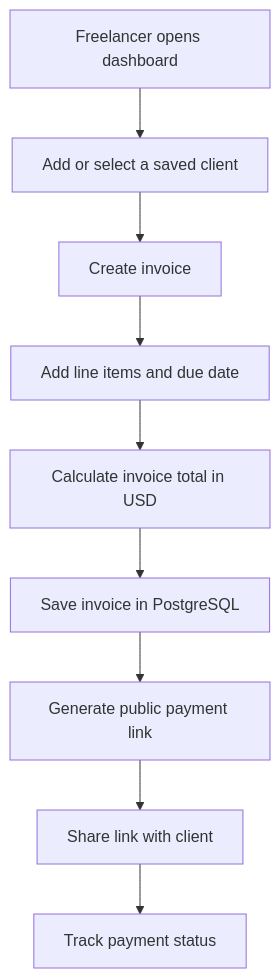
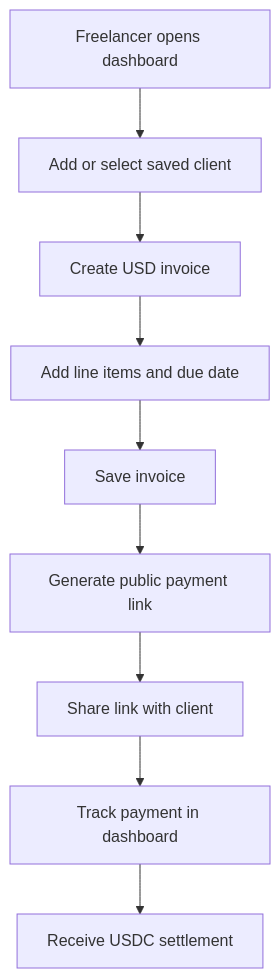
One commit to Taufiq-ul-islam/payflow-on-near changed the third of 4 diagrams in README.md. Above: the diagram before and after it, drawn with Mermaid. The commit also changed other lines of this file and 22 other files, not shown here.

````diff
--- a/README.md
+++ b/README.md
@@ -483,14 +504,14 @@
 ```mermaid
 flowchart TD
     A["Freelancer opens dashboard"]
-    B["Add or select a saved client"]
-    C["Create invoice"]
+    B["Add or select saved client"]
+    C["Create USD invoice"]
     D["Add line items and due date"]
-    E["Calculate invoice total in USD"]
-    F["Save invoice in PostgreSQL"]
-    G["Generate public payment link"]
-    H["Share link with client"]
-    I["Track payment status"]
+    E["Save invoice"]
+    F["Generate public payment link"]
+    G["Share link with client"]
+    H["Track payment in dashboard"]
+    I["Receive USDC settlement"]
 
     A --> B --> C --> D --> E --> F --> G --> H --> I
 ```
````
